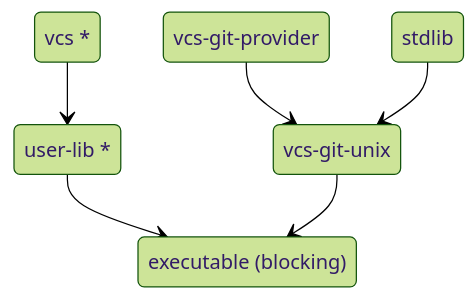
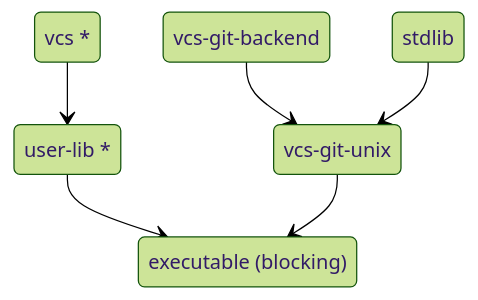
The second of 3 diagrams in doc/docs/explanation/README.md (mbarbin/vcs), drawn with Mermaid (forest theme) before and after one commit. The commit also changed other lines of this file and 71 other files, not shown here.

Commit message:
Rename git-provider -> git-backend

````diff
--- a/doc/docs/explanation/README.md
+++ b/doc/docs/explanation/README.md
@@ -44,14 +44,14 @@
 ```mermaid
 stateDiagram-v2
   vcs : vcs *
   user : user-lib *
-  vcs_git_provider : vcs-git-provider
+  vcs_git_backend : vcs-git-backend
   executable : executable (blocking)
   backend : vcs-git-unix
   runtime : stdlib
   vcs --> user
   user --> executable
-  vcs_git_provider --> backend
+  vcs_git_backend --> backend
   runtime --> backend
   backend --> executable
 ```
````
